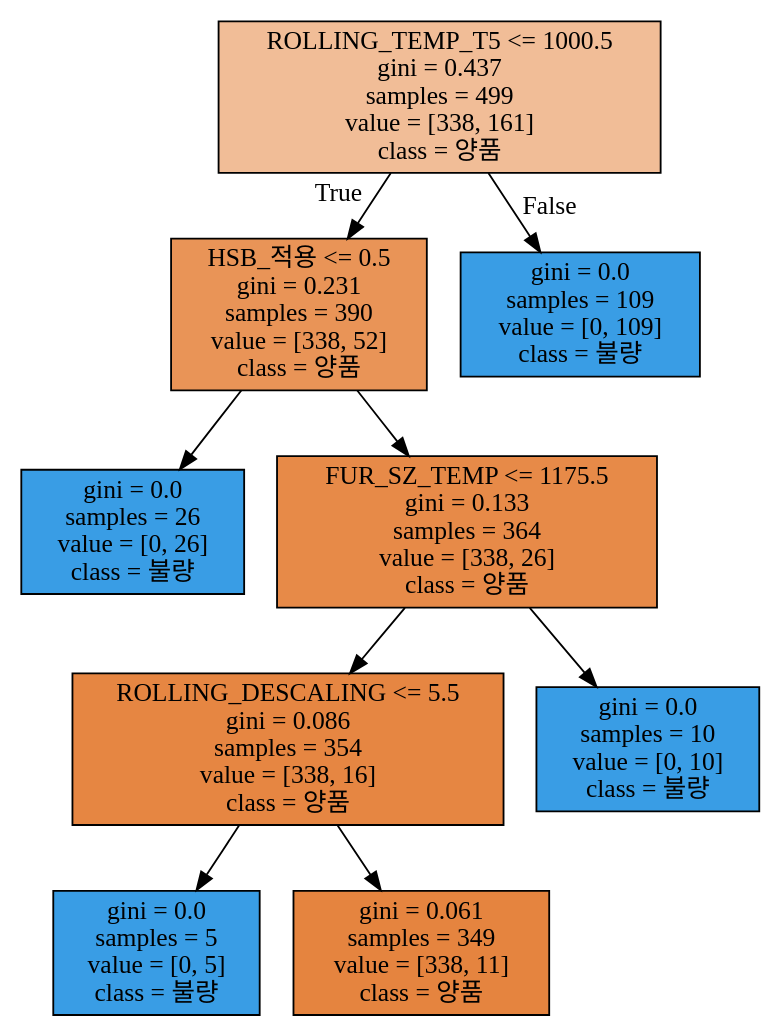
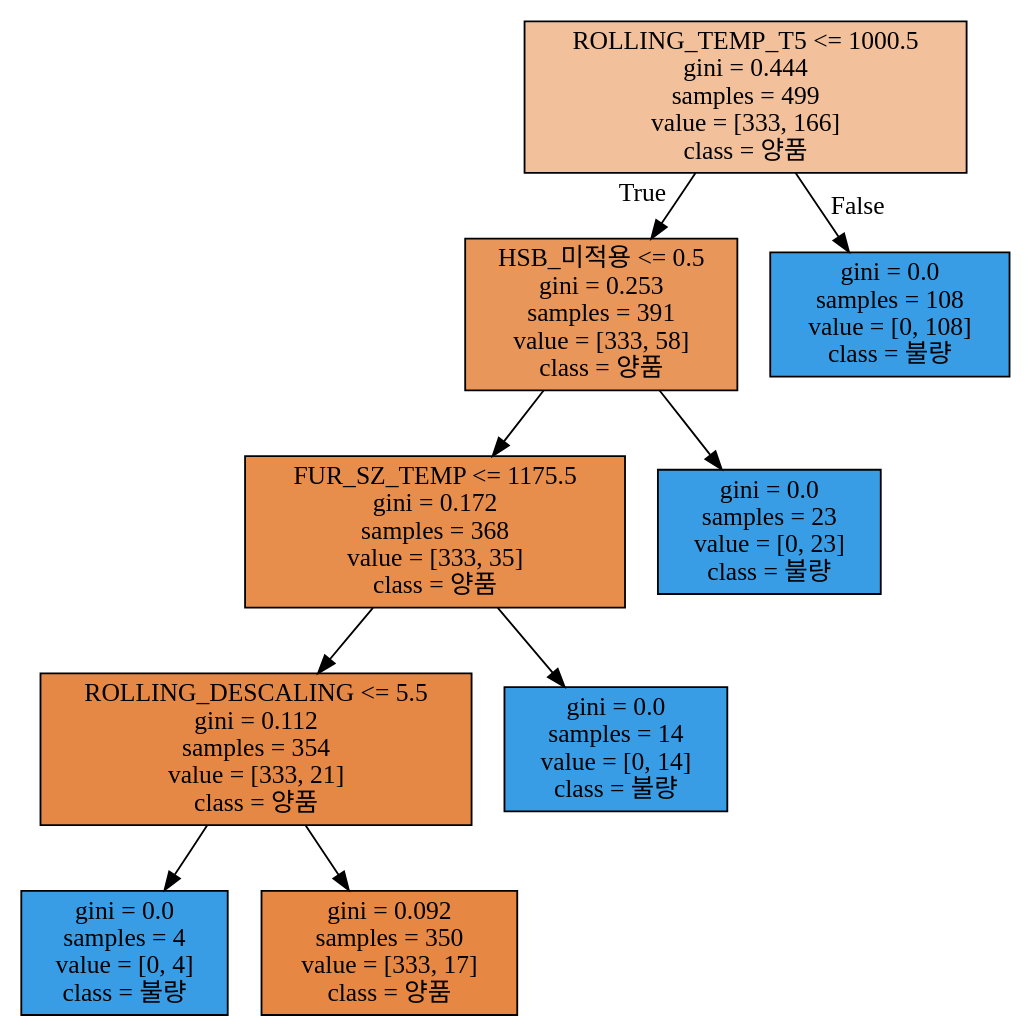
One commit to juseonjeong/pythonStudy_seon changed the diagram in py_study/tree_final.dot. Above: the diagram before and after it, drawn with Graphviz. The commit also changed 1 other file, not shown here.

```diff
--- a/py_study/tree_final.dot
+++ b/py_study/tree_final.dot
@@ -1,20 +1,20 @@
 digraph Tree {
 node [shape=box, style="filled", color="black"] ;
-0 [label="ROLLING_TEMP_T5 <= 1000.5\ngini = 0.437\nsamples = 499\nvalue = [338, 161]\nclass = 양품", fillcolor="#e5813986"] ;
-1 [label="HSB_적용 <= 0.5\ngini = 0.231\nsamples = 390\nvalue = [338, 52]\nclass = 양품", fillcolor="#e58139d8"] ;
+0 [label="ROLLING_TEMP_T5 <= 1000.5\ngini = 0.444\nsamples = 499\nvalue = [333, 166]\nclass = 양품", fillcolor="#e5813980"] ;
+1 [label="HSB_미적용 <= 0.5\ngini = 0.253\nsamples = 391\nvalue = [333, 58]\nclass = 양품", fillcolor="#e58139d3"] ;
 0 -> 1 [labeldistance=2.5, labelangle=45, headlabel="True"] ;
-2 [label="gini = 0.0\nsamples = 26\nvalue = [0, 26]\nclass = 불량", fillcolor="#399de5ff"] ;
+2 [label="FUR_SZ_TEMP <= 1175.5\ngini = 0.172\nsamples = 368\nvalue = [333, 35]\nclass = 양품", fillcolor="#e58139e4"] ;
 1 -> 2 ;
-3 [label="FUR_SZ_TEMP <= 1175.5\ngini = 0.133\nsamples = 364\nvalue = [338, 26]\nclass = 양품", fillcolor="#e58139eb"] ;
-1 -> 3 ;
-4 [label="ROLLING_DESCALING <= 5.5\ngini = 0.086\nsamples = 354\nvalue = [338, 16]\nclass = 양품", fillcolor="#e58139f3"] ;
+3 [label="ROLLING_DESCALING <= 5.5\ngini = 0.112\nsamples = 354\nvalue = [333, 21]\nclass = 양품", fillcolor="#e58139ef"] ;
+2 -> 3 ;
+4 [label="gini = 0.0\nsamples = 4\nvalue = [0, 4]\nclass = 불량", fillcolor="#399de5ff"] ;
 3 -> 4 ;
-5 [label="gini = 0.0\nsamples = 5\nvalue = [0, 5]\nclass = 불량", fillcolor="#399de5ff"] ;
-4 -> 5 ;
-6 [label="gini = 0.061\nsamples = 349\nvalue = [338, 11]\nclass = 양품", fillcolor="#e58139f7"] ;
-4 -> 6 ;
-7 [label="gini = 0.0\nsamples = 10\nvalue = [0, 10]\nclass = 불량", fillcolor="#399de5ff"] ;
-3 -> 7 ;
-8 [label="gini = 0.0\nsamples = 109\nvalue = [0, 109]\nclass = 불량", fillcolor="#399de5ff"] ;
+5 [label="gini = 0.092\nsamples = 350\nvalue = [333, 17]\nclass = 양품", fillcolor="#e58139f2"] ;
+3 -> 5 ;
+6 [label="gini = 0.0\nsamples = 14\nvalue = [0, 14]\nclass = 불량", fillcolor="#399de5ff"] ;
+2 -> 6 ;
+7 [label="gini = 0.0\nsamples = 23\nvalue = [0, 23]\nclass = 불량", fillcolor="#399de5ff"] ;
+1 -> 7 ;
+8 [label="gini = 0.0\nsamples = 108\nvalue = [0, 108]\nclass = 불량", fillcolor="#399de5ff"] ;
 0 -> 8 [labeldistance=2.5, labelangle=-45, headlabel="False"] ;
 }
```
